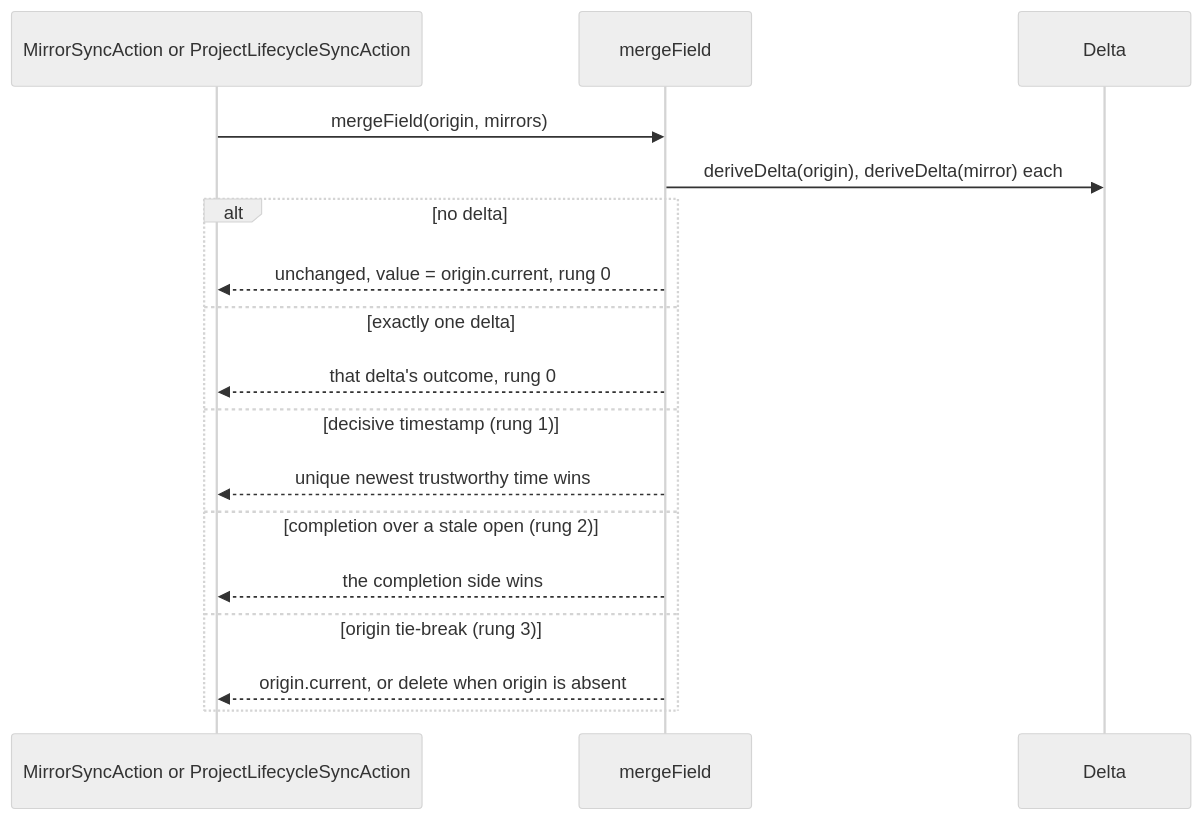
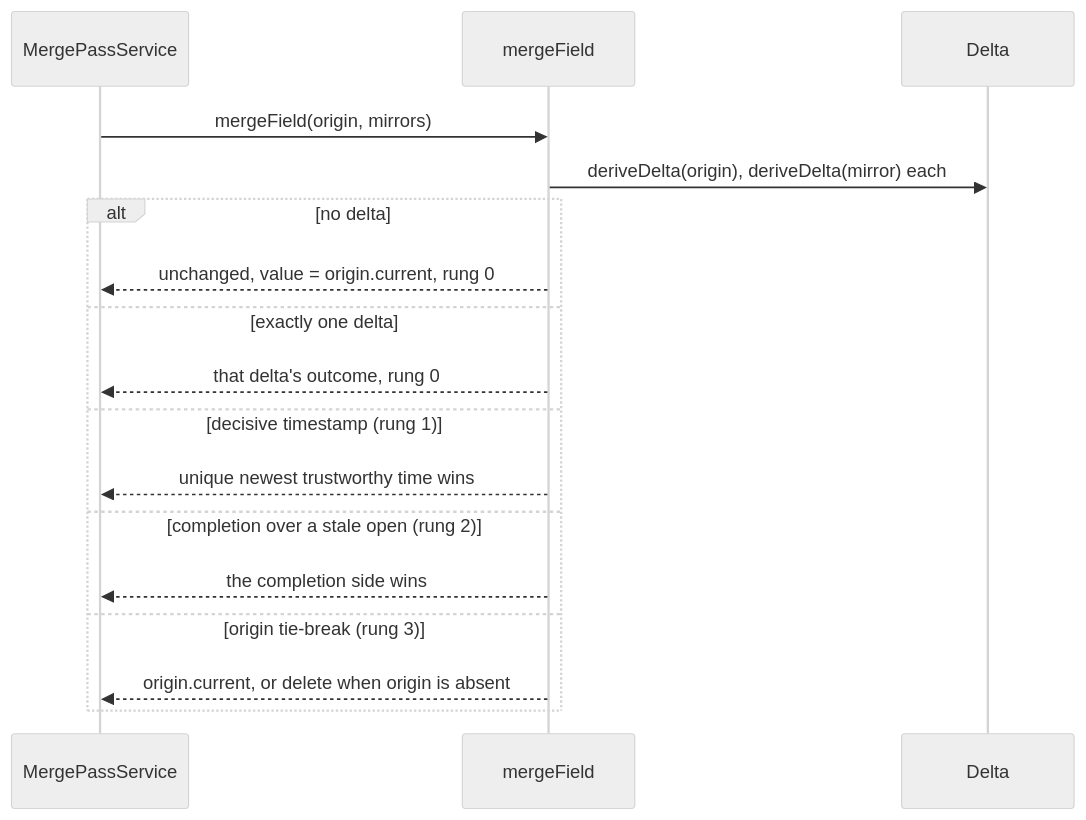
One commit to 99linesofcode/obsidian-project-management changed the fourth of 16 diagrams in docs/developer-manual.md. Above: the diagram before and after it, drawn with Mermaid (neutral theme). The commit also changed other lines of this file and 6 other files, not shown here.

First line of the commit message:
refactor(merge): extract the shared merge-pass driver (Extract Class)

````diff
--- a/docs/developer-manual.md
+++ b/docs/developer-manual.md
@@ -255,20 +262,20 @@
 ```mermaid
 sequenceDiagram
-  participant Caller as MirrorSyncAction or ProjectLifecycleSyncAction
+  participant Caller as MergePassService
   participant MF as mergeField
   participant D as Delta
 
   Caller->>MF: mergeField(origin, mirrors)
   MF->>D: deriveDelta(origin), deriveDelta(mirror) each
   alt no delta
     MF-->>Caller: unchanged, value = origin.current, rung 0
   else exactly one delta
     MF-->>Caller: that delta's outcome, rung 0
   else decisive timestamp (rung 1)
     MF-->>Caller: unique newest trustworthy time wins
   else completion over a stale open (rung 2)
     MF-->>Caller: the completion side wins
   else origin tie-break (rung 3)
     MF-->>Caller: origin.current, or delete when origin is absent
   end
 ```
````
